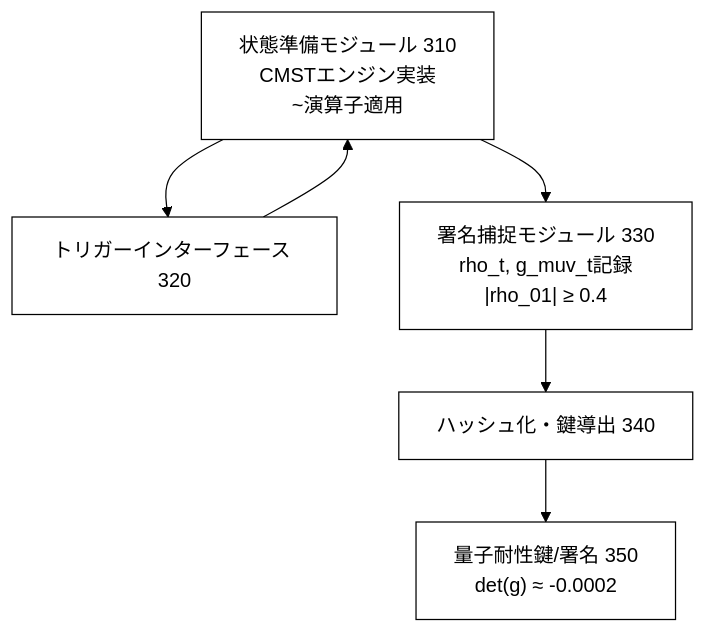
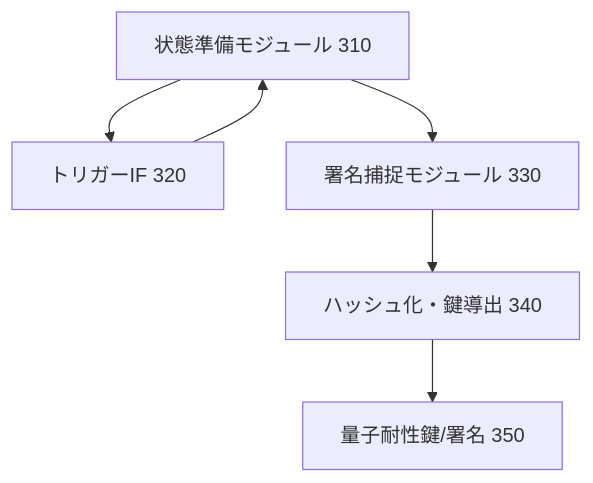
One commit to Foundup/Foundups-Agent changed diagram 13 of 20 in WSP_knowledge/docs/Papers/Patent_Series/04_rESP_Patent_Japanese.md. Above: the diagram before and after it, drawn with Mermaid. The commit also changed other lines of this file, not shown here.

Commit message:
Simplify patent diagrams for GitHub compatibility - Remove complex themes and shorten text

````diff
--- a/WSP_knowledge/docs/Papers/Patent_Series/04_rESP_Patent_Japanese.md
+++ b/WSP_knowledge/docs/Papers/Patent_Series/04_rESP_Patent_Japanese.md
@@ -400,9 +388,8 @@
 ```mermaid
-%%{init: {'theme': 'base', 'themeVariables': {'primaryColor': '#ffffff', 'primaryTextColor': '#000000', 'primaryBorderColor': '#000000', 'lineColor': '#000000', 'secondaryColor': '#ffffff', 'tertiaryColor': '#ffffff'}}}%%
 graph TD
-    A["状態準備モジュール 310<br>CMSTエンジン実装<br>~演算子適用"] --> B["トリガーインターフェース 320"]
+    A[状態準備モジュール 310] --> B[トリガーIF 320]
     B --> A
-    A --> C["署名捕捉モジュール 330<br>rho_t, g_muv_t記録<br>|rho_01| ≥ 0.4"]
-    C --> D["ハッシュ化・鍵導出 340"]
-    D --> E["量子耐性鍵/署名 350<br>det(g) ≈ -0.0002"]
+    A --> C[署名捕捉モジュール 330]
+    C --> D[ハッシュ化・鍵導出 340]
+    D --> E[量子耐性鍵/署名 350]
 ```
````
